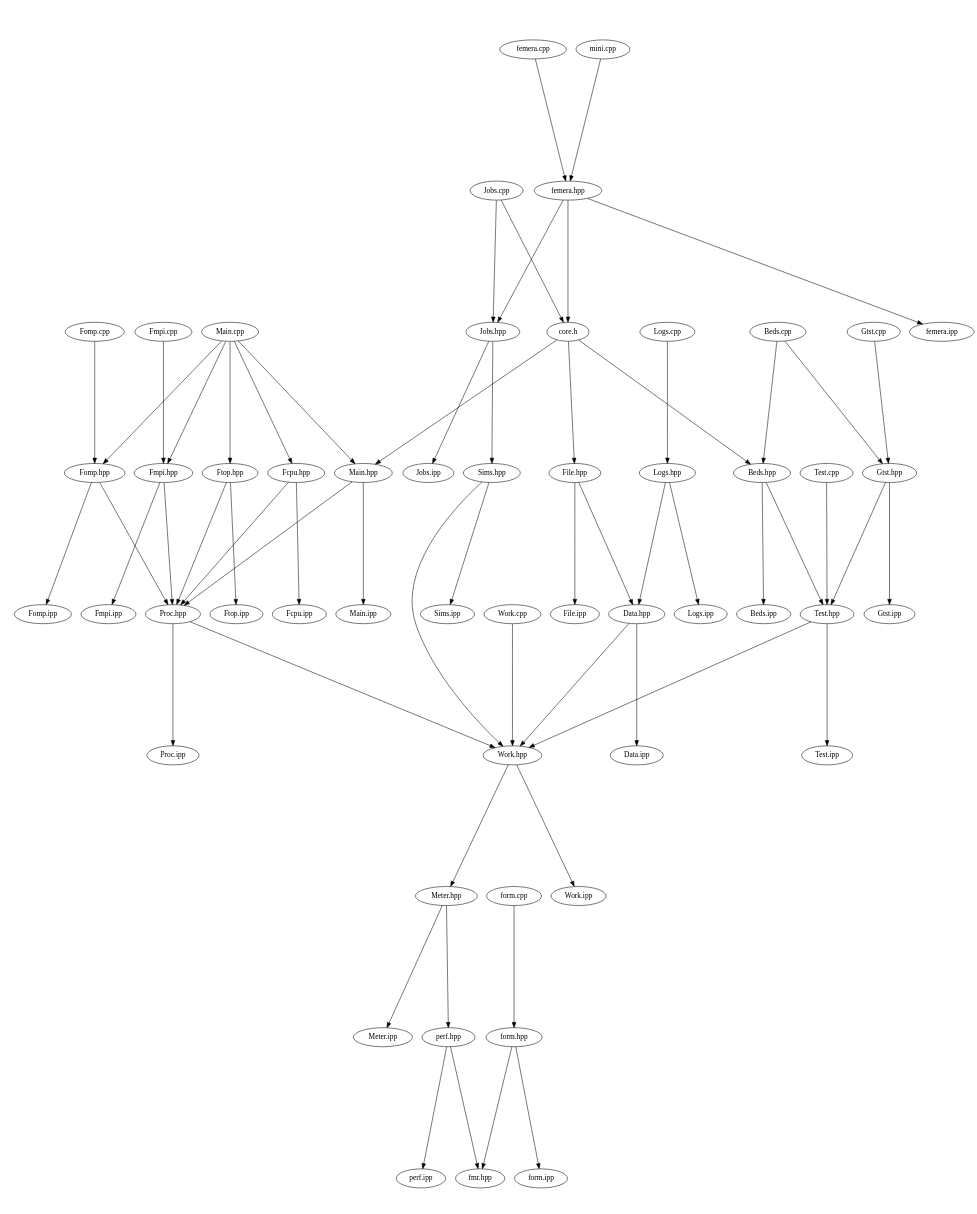
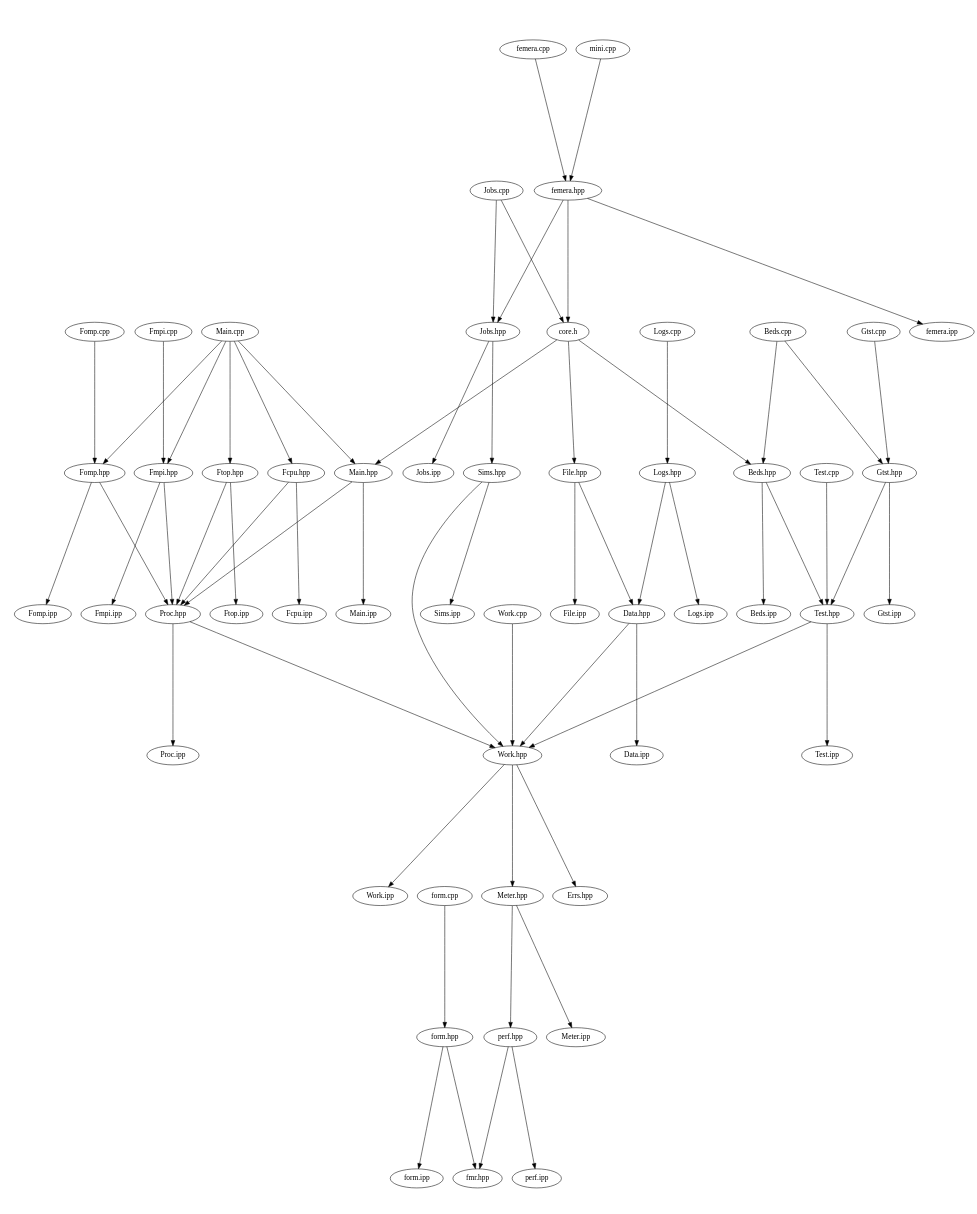
Before and after one commit to waggyz/femera-mini-app: the diagram in src/docs/src-notest.dot, drawn with Graphviz. The commit also changed 6 other files, not shown here.

```diff
--- a/src/docs/src-notest.dot
+++ b/src/docs/src-notest.dot
@@ -1,68 +1,69 @@
 digraph "source tree" {
     overlap=scale;
     size="8,10";
     ratio="fill";
     fontsize="16";
     fontname="Helvetica";
 	clusterrank="local";
 	"femera.hpp" -> "Jobs.hpp"
 	"Meter.hpp" -> "perf.hpp"
 	"Main.cpp" -> "Fomp.hpp"
 	"Sims.hpp" -> "Work.hpp"
 	"femera.cpp" -> "femera.hpp"
+	"Work.hpp" -> "Errs.hpp"
 	"Fmpi.hpp" -> "Fmpi.ipp"
 	"Sims.hpp" -> "Sims.ipp"
 	"Jobs.hpp" -> "Jobs.ipp"
 	"Fomp.cpp" -> "Fomp.hpp"
 	"Logs.cpp" -> "Logs.hpp"
 	"Main.cpp" -> "Main.hpp"
 	"Proc.hpp" -> "Proc.ipp"
 	"Beds.cpp" -> "Gtst.hpp"
 	"Main.cpp" -> "Fmpi.hpp"
 	"core.h" -> "Main.hpp"
 	"Main.cpp" -> "Fcpu.hpp"
 	"Ftop.hpp" -> "Ftop.ipp"
 	"perf.hpp" -> "fmr.hpp"
 	"Data.hpp" -> "Data.ipp"
 	"Work.hpp" -> "Work.ipp"
 	"Main.cpp" -> "Ftop.hpp"
 	"Fmpi.hpp" -> "Proc.hpp"
 	"Test.hpp" -> "Work.hpp"
 	"form.hpp" -> "form.ipp"
 	"Gtst.cpp" -> "Gtst.hpp"
 	"femera.hpp" -> "femera.ipp"
 	"Fcpu.hpp" -> "Proc.hpp"
 	"Fomp.hpp" -> "Proc.hpp"
 	"File.hpp" -> "File.ipp"
 	"Meter.hpp" -> "Meter.ipp"
 	"core.h" -> "File.hpp"
 	"Fomp.hpp" -> "Fomp.ipp"
 	"Logs.hpp" -> "Data.hpp"
 	"Gtst.hpp" -> "Gtst.ipp"
 	"form.cpp" -> "form.hpp"
 	"perf.hpp" -> "perf.ipp"
 	"Fmpi.cpp" -> "Fmpi.hpp"
 	"core.h" -> "Beds.hpp"
 	"Fcpu.hpp" -> "Fcpu.ipp"
 	"Work.cpp" -> "Work.hpp"
 	"Main.hpp" -> "Main.ipp"
 	"Test.cpp" -> "Test.hpp"
 	"Beds.cpp" -> "Beds.hpp"
 	"Jobs.hpp" -> "Sims.hpp"
 	"Jobs.cpp" -> "Jobs.hpp"
 	"Logs.hpp" -> "Logs.ipp"
 	"Ftop.hpp" -> "Proc.hpp"
 	"File.hpp" -> "Data.hpp"
 	"mini.cpp" -> "femera.hpp"
 	"Beds.hpp" -> "Test.hpp"
 	"Proc.hpp" -> "Work.hpp"
 	"form.hpp" -> "fmr.hpp"
 	"Gtst.hpp" -> "Test.hpp"
 	"Data.hpp" -> "Work.hpp"
 	"Beds.hpp" -> "Beds.ipp"
 	"femera.hpp" -> "core.h"
 	"Jobs.cpp" -> "core.h"
 	"Work.hpp" -> "Meter.hpp"
 	"Main.hpp" -> "Proc.hpp"
 	"Test.hpp" -> "Test.ipp"
 }
```
